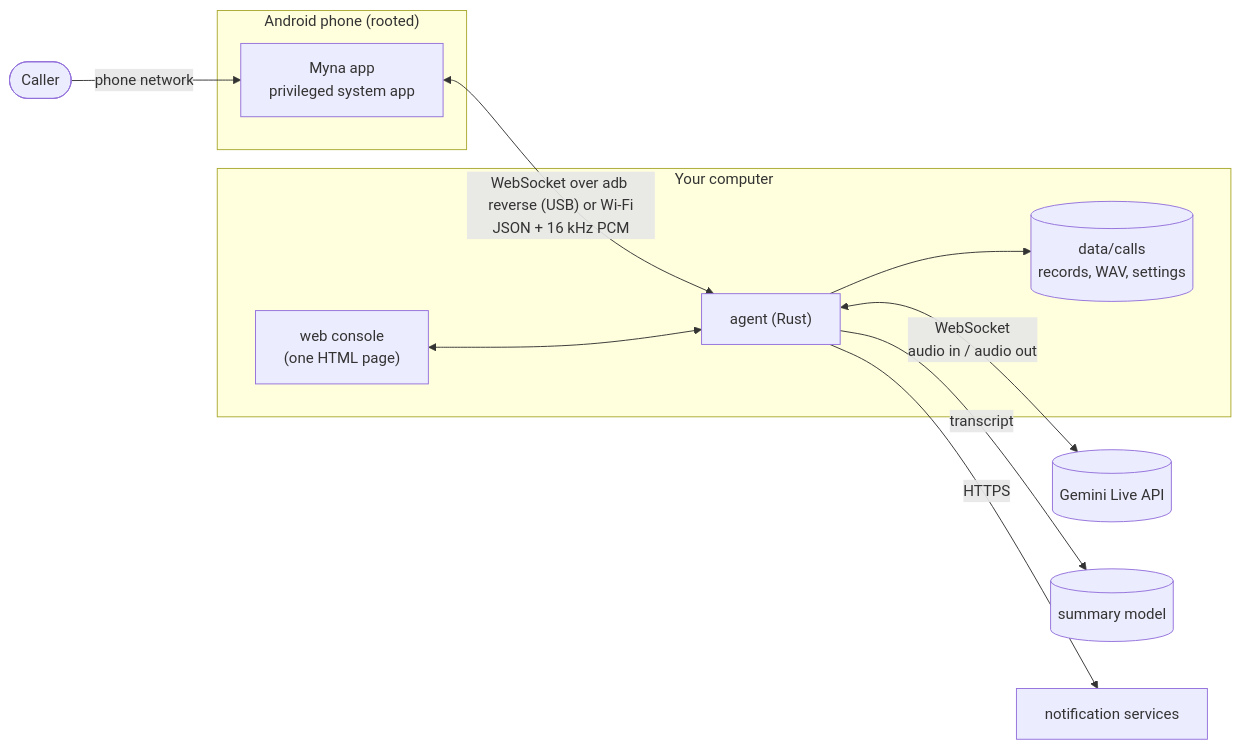
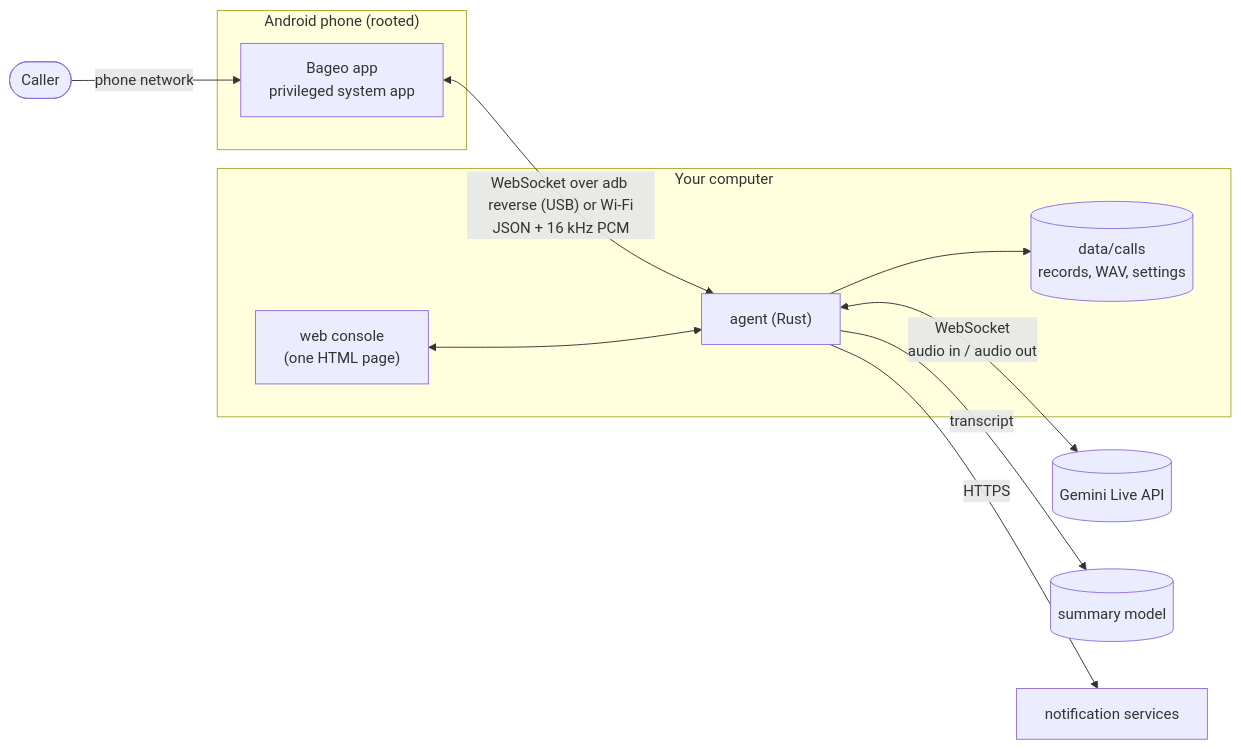
The diagram in docs/en/ARCHITECTURE.md (h4lo-void/bageo-call), drawn with Mermaid before and after one commit. The commit also changed 82 other files, not shown here.

````diff
--- a/docs/en/ARCHITECTURE.md
+++ b/docs/en/ARCHITECTURE.md
@@ -3,18 +3,18 @@
 ```mermaid
 flowchart LR
     subgraph phone["Android phone (rooted)"]
-        app["Myna app<br/>privileged system app"]
+        app["Bageo app<br/>privileged system app"]
     end
     subgraph pc["Your computer"]
         agent["agent (Rust)"]
         data[("data/calls<br/>records, WAV, settings")]
         ui["web console<br/>(one HTML page)"]
     end
     caller([Caller]) -- "phone network" --> app
     app <-- "WebSocket over adb reverse (USB) or Wi-Fi<br/>JSON + 16 kHz PCM" --> agent
     agent <-- "WebSocket<br/>audio in / audio out" --> gemini[(Gemini Live API)]
     agent -- "transcript" --> llm[(summary model)]
     agent --> data
     ui <--> agent
     agent -- "HTTPS" --> notify["notification services"]
 ```
````
